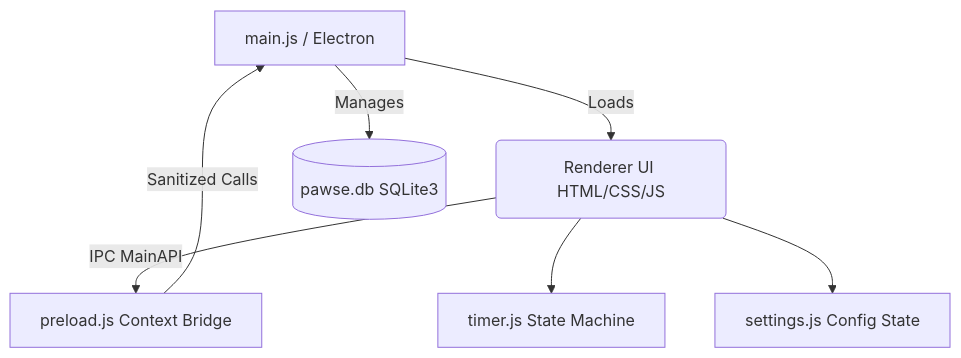
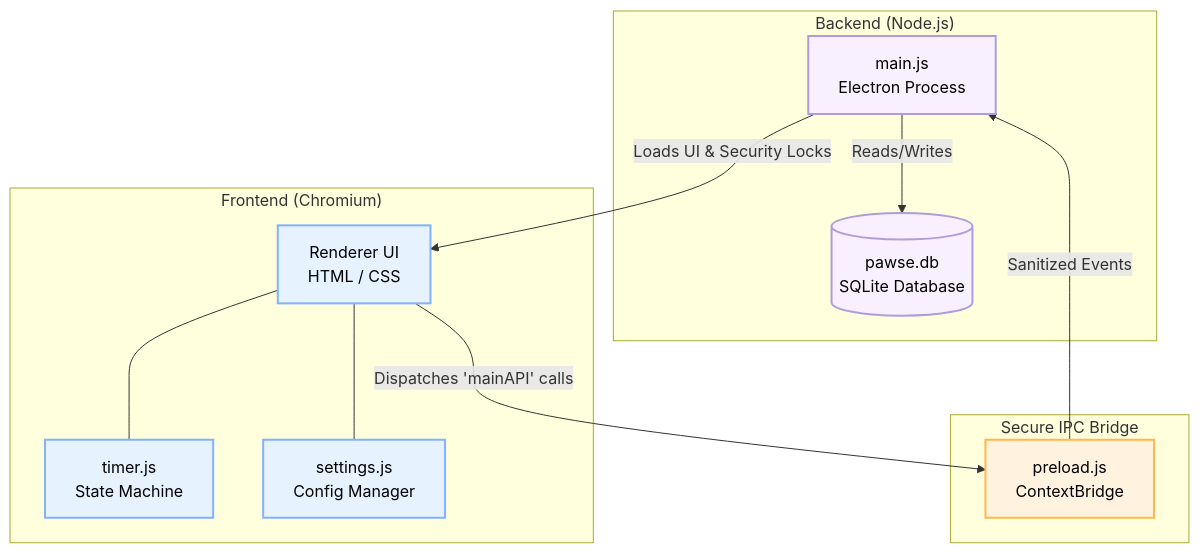
The diagram in README.md (educ-jkescritor/Pawse), drawn with Mermaid before and after one commit.

Commit message:
update: update README.md

````diff
--- a/README.md
+++ b/README.md
@@ -35,11 +35,32 @@
 ```mermaid
 graph TD
-    A[main.js / Electron] -->|Loads| B(Renderer UI HTML/CSS/JS)
-    A -->|Manages| C[(pawse.db SQLite3)]
+    subgraph "Backend (Node.js)"
+        A[main.js<br>Electron Process]
+        C[(pawse.db<br>SQLite Database)]
+        A -->|Reads/Writes| C
+    end
+
+    subgraph "Secure IPC Bridge"
+        D[preload.js<br>ContextBridge]
+    end
+
+    subgraph "Frontend (Chromium)"
+        B[Renderer UI<br>HTML / CSS]
+        E[timer.js<br>State Machine]
+        F[settings.js<br>Config Manager]
+        B --- E
+        B --- F
+    end
+
+    A -->|Loads UI & Security Locks| B
+    B -->|Dispatches 'mainAPI' calls| D
+    D -->|Sanitized Events| A
     
-    B -->|IPC MainAPI| D[preload.js Context Bridge]
-    D -->|Sanitized Calls| A
+    classDef backend fill:#f9f0ff,stroke:#b19cd9,stroke-width:2px,color:#000;
+    classDef frontend fill:#e6f3ff,stroke:#82b1ff,stroke-width:2px,color:#000;
+    classDef bridge fill:#fff3e0,stroke:#ffb74d,stroke-width:2px,color:#000;
     
-    B --> E[timer.js State Machine]
-    B --> F[settings.js Config State]
+    class A,C backend;
+    class B,E,F frontend;
+    class D bridge;
 ```
````
